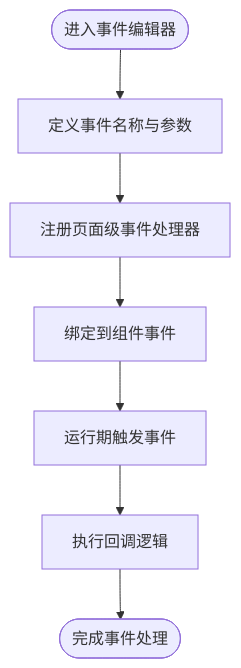
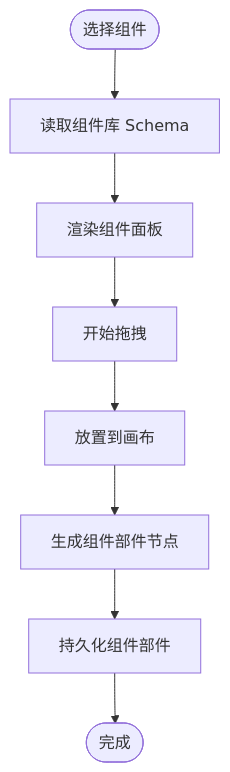
The fourth of 8 diagrams in .qoder/repowiki/zh/content/低代码平台/设计引擎/设计引擎.md (openlowcodelab/lowcode), drawn with Mermaid before and after one commit. The commit also changed other lines of this file and 223 other files, not shown here.

````diff
--- a/.qoder/repowiki/zh/content/低代码平台/设计引擎/设计引擎.md
+++ b/.qoder/repowiki/zh/content/低代码平台/设计引擎/设计引擎.md
@@ -390,9 +288,10 @@
 ```mermaid
 flowchart TD
-    Start(["进入事件编辑器"]) --> Define["定义事件名称与参数"]
-    Define --> Register["注册页面级事件处理器"]
-    Register --> Bind["绑定到组件事件"]
-    Bind --> Trigger["运行期触发事件"]
-    Trigger --> Handler["执行回调逻辑"]
-    Handler --> End(["完成事件处理"])
+    Start(["选择组件"]) --> ReadLib["读取组件库 Schema"]
+    ReadLib --> RenderPalette["渲染组件面板"]
+    RenderPalette --> DragStart["开始拖拽"]
+    DragStart --> DropOnCanvas["放置到画布"]
+    DropOnCanvas --> CreatePart["生成组件部件节点"]
+    CreatePart --> SavePart["持久化组件部件"]
+    SavePart --> End(["完成"])
 ```
````
